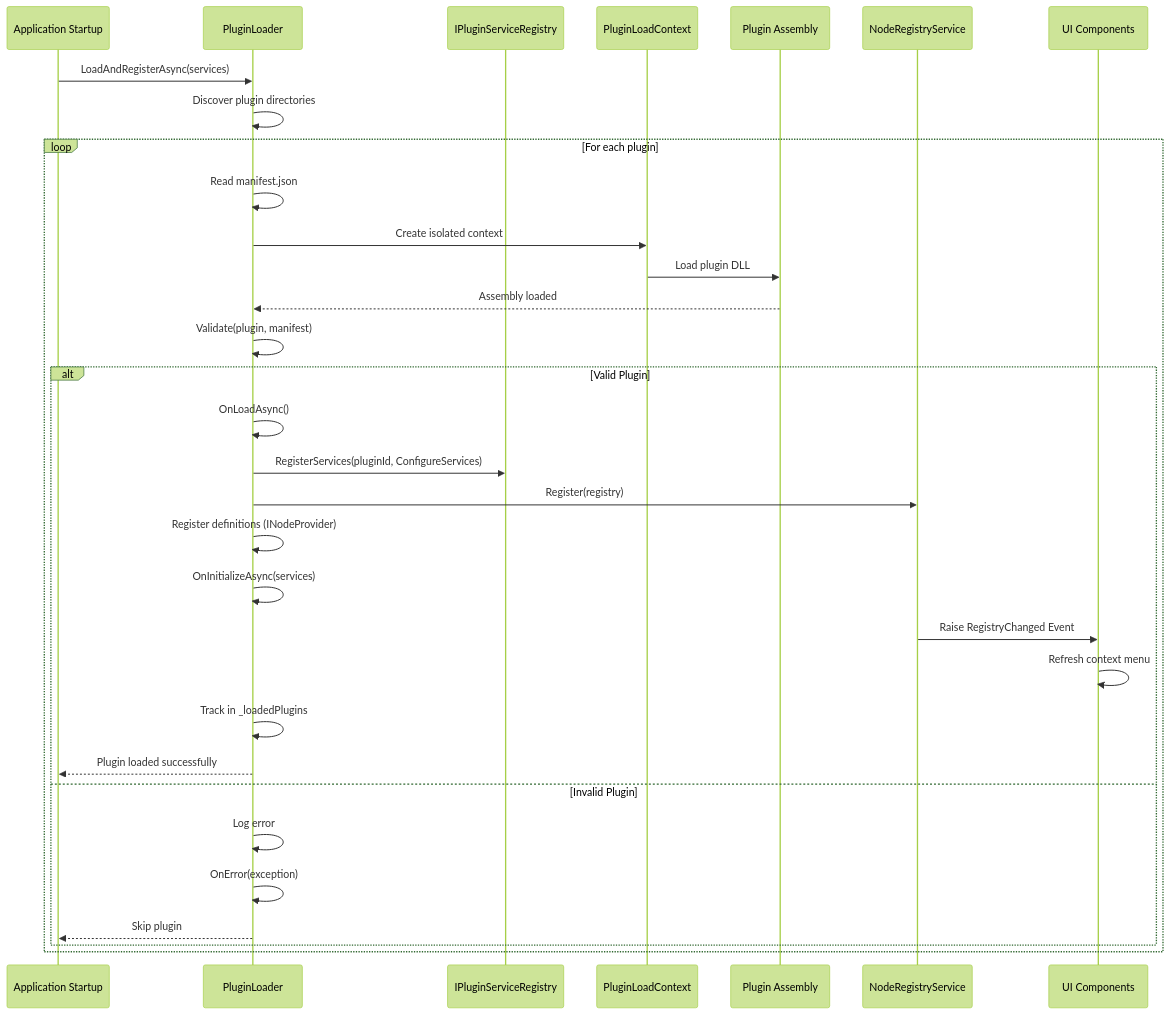
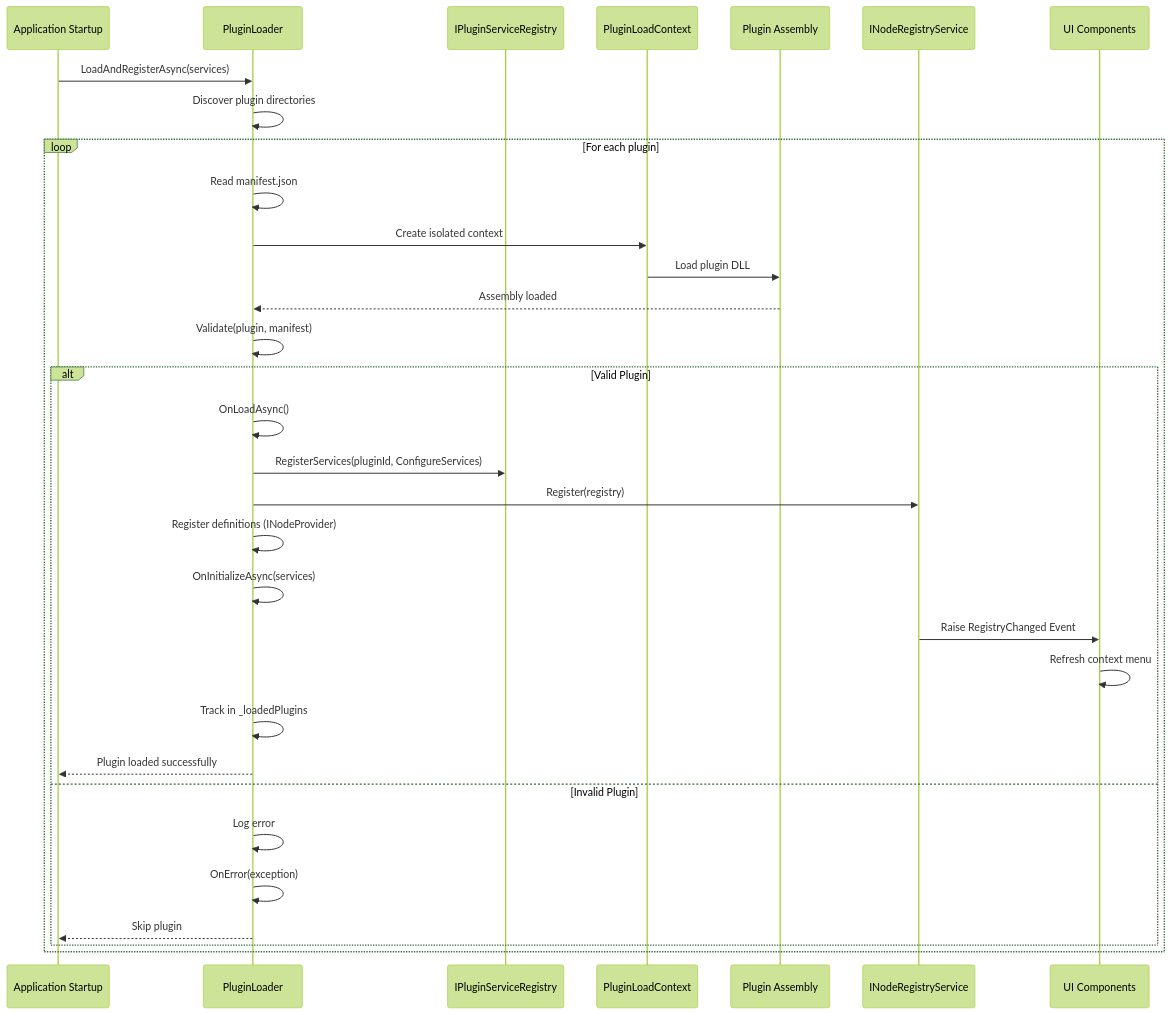
Before and after one commit to Johnny2x2/NodeEditor.Net: diagram 11 of 19 in NodeEditor.Blazor/docs/WiringAndEventFlow.md, drawn with Mermaid (forest theme). The commit also changed other lines of this file and 20 other files, not shown here.

````diff
--- a/NodeEditor.Blazor/docs/WiringAndEventFlow.md
+++ b/NodeEditor.Blazor/docs/WiringAndEventFlow.md
@@ -568,39 +568,39 @@
 ```mermaid
 sequenceDiagram
     participant App as Application Startup
     participant Loader as PluginLoader
     participant PSR as IPluginServiceRegistry
     participant LoadCtx as PluginLoadContext
     participant Assembly as Plugin Assembly
-    participant Registry as NodeRegistryService
+    participant Registry as INodeRegistryService
     participant UI as UI Components
     
     App->>Loader: LoadAndRegisterAsync(services)
     Loader->>Loader: Discover plugin directories
     
     loop For each plugin
         Loader->>Loader: Read manifest.json
         Loader->>LoadCtx: Create isolated context
         LoadCtx->>Assembly: Load plugin DLL
         Assembly-->>Loader: Assembly loaded
         
         Loader->>Loader: Validate(plugin, manifest)
         
         alt Valid Plugin
             Loader->>Loader: OnLoadAsync()
             Loader->>PSR: RegisterServices(pluginId, ConfigureServices)
             Loader->>Registry: Register(registry)
             Loader->>Loader: Register definitions (INodeProvider)
             Loader->>Loader: OnInitializeAsync(services)
             Registry->>UI: Raise RegistryChanged Event
             UI->>UI: Refresh context menu
             
             Loader->>Loader: Track in _loadedPlugins
             Loader-->>App: Plugin loaded successfully
         else Invalid Plugin
             Loader->>Loader: Log error
             Loader->>Loader: OnError(exception)
             Loader-->>App: Skip plugin
         end
     end
 ```
````
